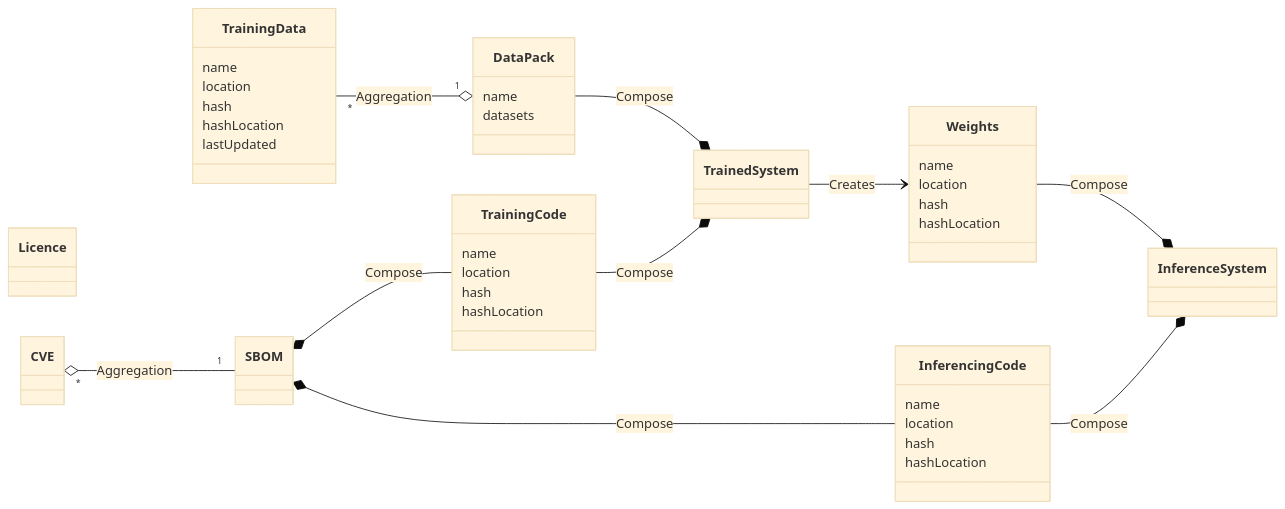
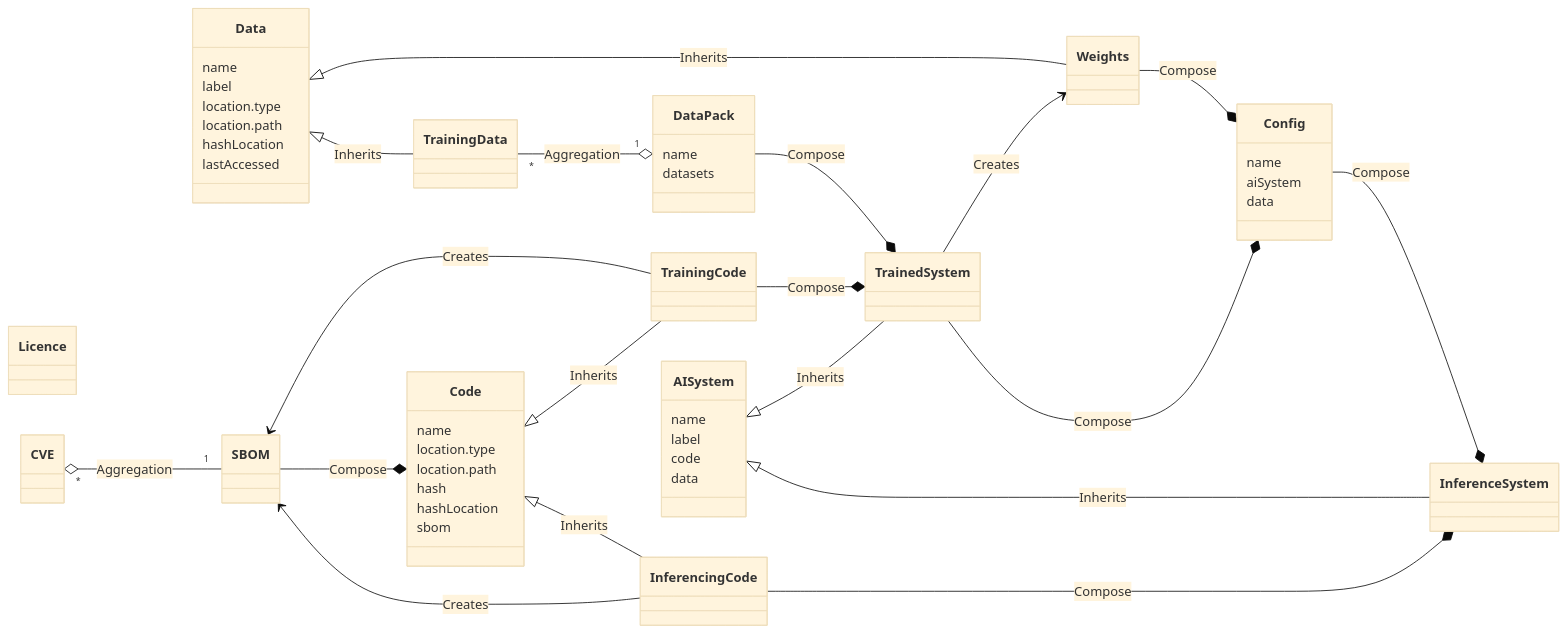
Before and after one commit to nqminds/Trusted-AI-BOM: the diagram in packages/docusaurus/docs/working-docs/30-requirements-and-design/30-requirements-and-design.md, drawn with Mermaid (base theme). The commit also changed other lines of this file and 2 other files, not shown here.

Commit message:
Update UML diagram

````diff
--- a/packages/docusaurus/docs/working-docs/30-requirements-and-design/30-requirements-and-design.md
+++ b/packages/docusaurus/docs/working-docs/30-requirements-and-design/30-requirements-and-design.md
@@ -7,6 +7,6 @@
 ```mermaid
 
-classDiagram 
+classDiagram
     direction LR
 
     class DataPack {
@@ -14,67 +14,92 @@
         datasets
     }
 
-    class TrainingData{
-        name
-        location
-        hash
-        hashLocation
-        lastUpdated
+    class TrainingData {
     }
 
-    class Licence{
+    class Data {
+      name
+      label
+      location.type
+      location.path
+      hashLocation
+      lastAccessed
     }
 
-    class CVE{
+    class Licence {
+    }
+
+    class CVE {
     }
 
     class SBOM {
     }
 
     class TrainedSystem {
-
     }
 
-    class InferenceSystem{
-    }
-    
-    class Weights{
-        name
-        location
-        hash
-        hashLocation
+    class InferenceSystem {
     }
 
-    class TrainingCode { 
-        name
-        location
-        hash
-        hashLocation
+    class Weights {
     }
 
-    class InferencingCode { 
-    name
-    location
-    hash
-    hashLocation
+    class TrainingCode {
     }
 
+    class InferencingCode {
+    }
+
+    class Code {
+      name
+      location.type
+      location.path
+      hash
+      hashLocation
+      sbom
+    }
+
+    class AISystem {
+        name
+        label
+        code
+        data
+    }
+
+    class Config {
+      name
+      aiSystem
+      data
+    }
+
+    %% Relationships
+    %% DataPack and related entities
     TrainingData "*" --o "1" DataPack : Aggregation
     DataPack --* TrainedSystem : Compose
-    Weights --* InferenceSystem : Compose
+    Config --* InferenceSystem : Compose
     TrainedSystem --> Weights : Creates
 
-    %% Licence --> TrainingData
-    %% Licence --> Code
-    %% Licence --> TrainedSystem
-    %% Licence --> InferenceSystem
+    %% SBOM and related entities
+    CVE "*" o-- "1" SBOM : Aggregation
+    SBOM <-- TrainingCode : Creates
+    TrainingCode --* TrainedSystem : Compose
+    SBOM --* Code : Compose
 
-    CVE "*" o-- "1" SBOM : Aggregation
-    SBOM *-- TrainingCode : Compose  
-    TrainingCode --* TrainedSystem : Compose
-
-    SBOM *-- InferencingCode : Compose  
+    SBOM <-- InferencingCode : Creates
     InferencingCode --* InferenceSystem : Compose
 
+    %% Config and related entities
+    Weights --* Config : Compose
+    TrainedSystem --* Config : Compose
+
+    %% Inheritance
+    Data <|-- Weights : Inherits
+    Data <|-- TrainingData : Inherits
+
+    Code <|-- TrainingCode : Inherits
+    Code <|-- InferencingCode : Inherits
+
+    AISystem <|-- TrainedSystem : Inherits
+    AISystem <|-- InferenceSystem : Inherits
 
 ```
````
